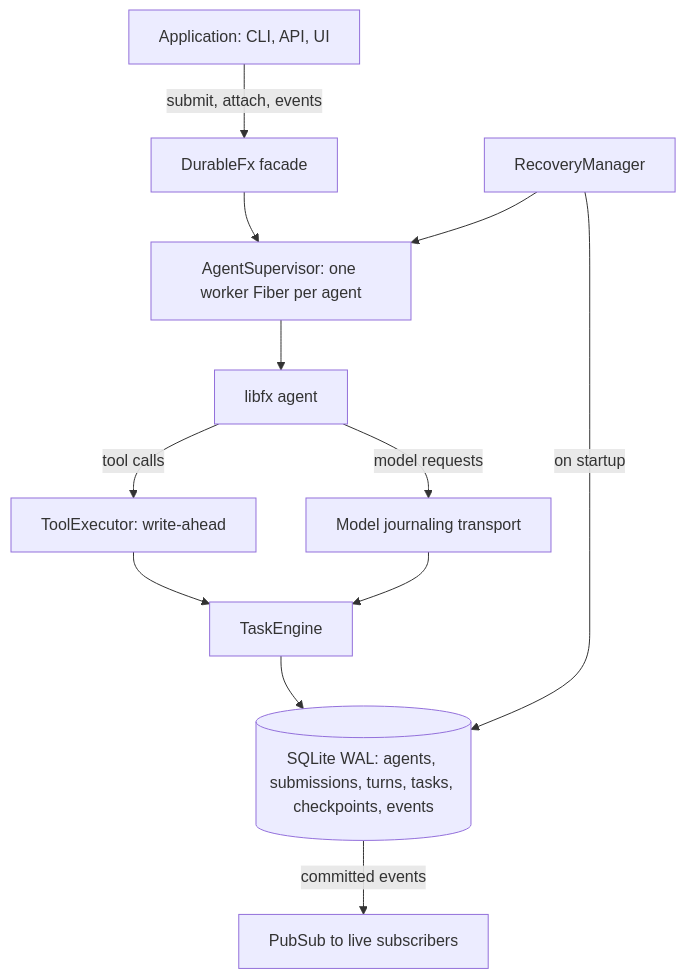
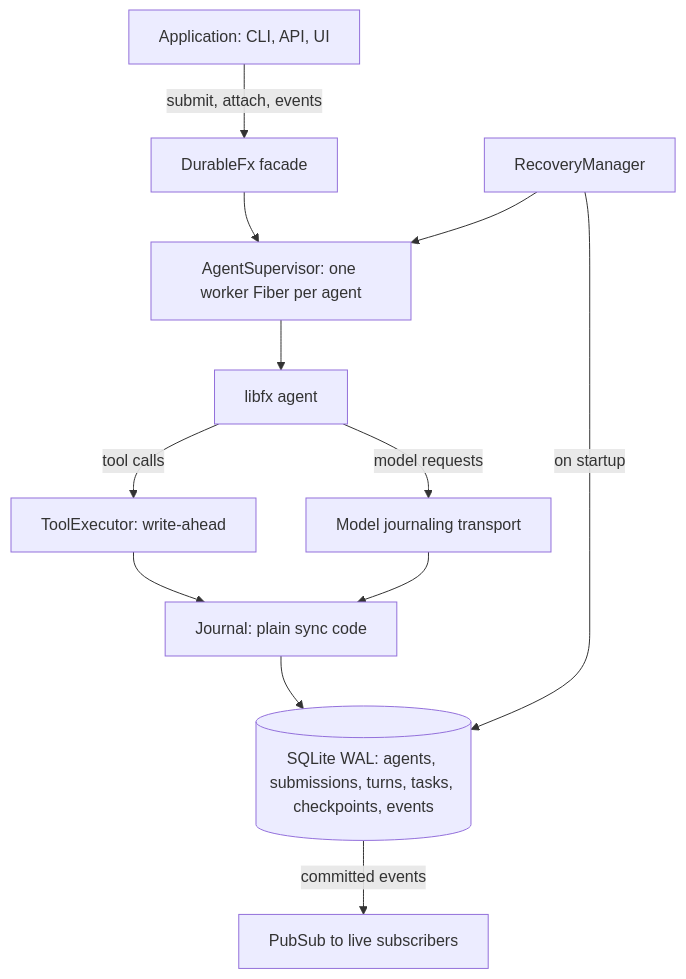
One commit to jagenaujagenau/fx-durable changed the diagram in README.md. Above: the diagram before and after it, drawn with Mermaid. The commit also changed other lines of this file and 25 other files, not shown here.

First line of the commit message:
refactor(storage): make storage and the journal plain synchronous code

````diff
--- a/README.md
+++ b/README.md
@@ -188,14 +189,14 @@
 ```mermaid
 graph TD
     App[Application: CLI, API, UI] -->|submit, attach, events| Fx[DurableFx facade]
     Fx --> Sup[AgentSupervisor: one worker Fiber per agent]
     Sup --> Lib[libfx agent]
     Lib -->|tool calls| Exec[ToolExecutor: write-ahead]
     Lib -->|model requests| Journal[Model journaling transport]
-    Exec --> Engine[TaskEngine]
+    Exec --> Engine[Journal: plain sync code]
     Journal --> Engine
     Engine --> DB[(SQLite WAL: agents, submissions, turns, tasks, checkpoints, events)]
     Rec[RecoveryManager] -->|on startup| DB
     Rec --> Sup
     DB -->|committed events| Bus[PubSub to live subscribers]
 ```
````
